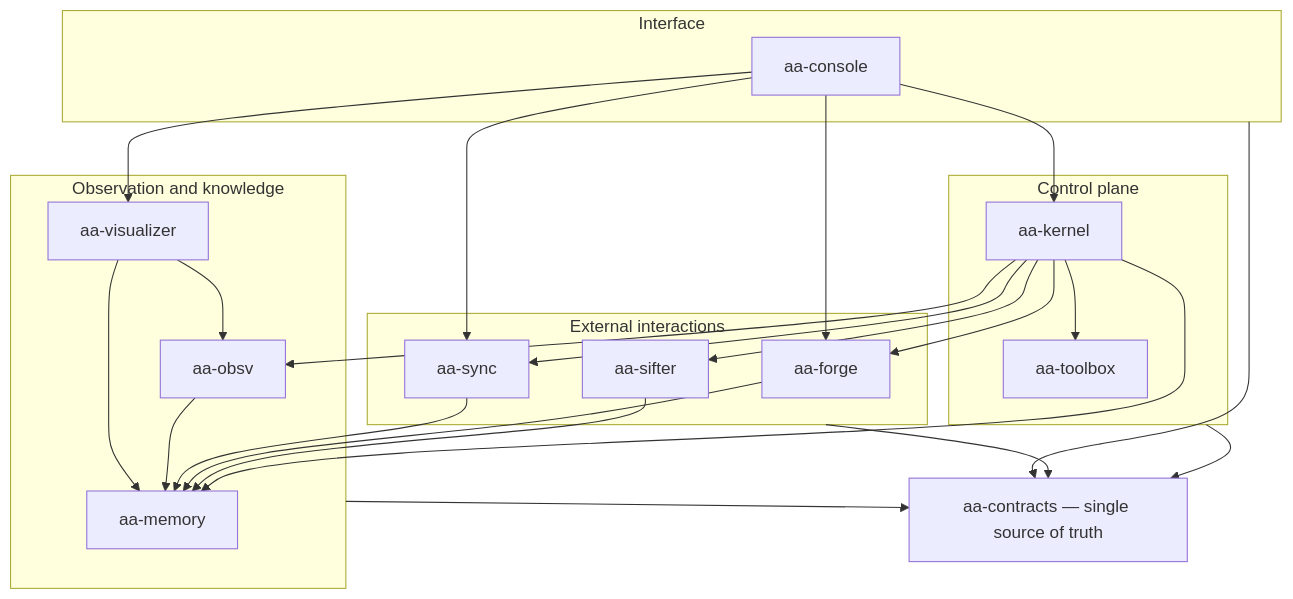
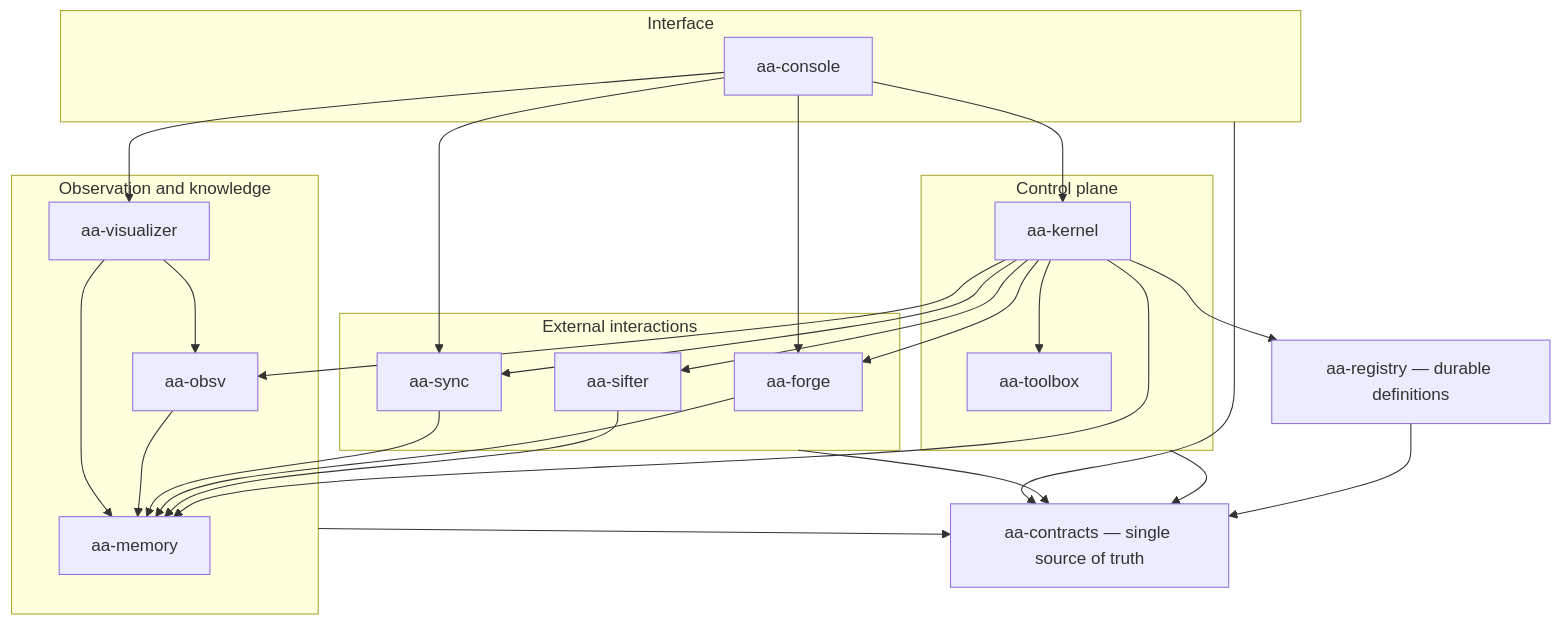
The second of 6 diagrams in docs/architecture/README.md (greadee/aa), drawn with Mermaid before and after one commit. The commit also changed other lines of this file and 27 other files, not shown here.

````diff
--- a/docs/architecture/README.md
+++ b/docs/architecture/README.md
@@ -135,42 +135,45 @@
 ```mermaid
 flowchart TB
     subgraph UX["Interface"]
         console["aa-console"]
     end
     subgraph Control["Control plane"]
         kernel["aa-kernel"]
         toolbox["aa-toolbox"]
     end
     subgraph World["External interactions"]
         forge["aa-forge"]
         sync["aa-sync"]
         sifter["aa-sifter"]
     end
     subgraph Knowledge["Observation and knowledge"]
         obsv["aa-obsv"]
         memory["aa-memory"]
         visualizer["aa-visualizer"]
     end
+    registry["aa-registry — durable definitions"]
     contracts["aa-contracts — single source of truth"]
 
     console --> kernel
     console --> visualizer
     console --> forge
     console --> sync
+    kernel --> registry
     kernel --> toolbox
     kernel --> obsv
     kernel --> memory
     kernel --> sifter
     kernel --> sync
     kernel --> forge
     sifter --> memory
     forge --> memory
     sync --> memory
     obsv --> memory
     visualizer --> obsv
     visualizer --> memory
+    registry --> contracts
     Control --> contracts
     World --> contracts
     Knowledge --> contracts
     UX --> contracts
 ```
````
